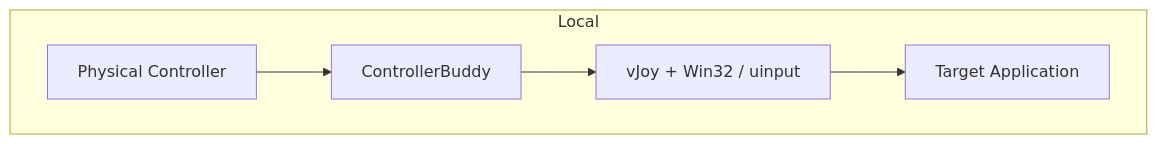
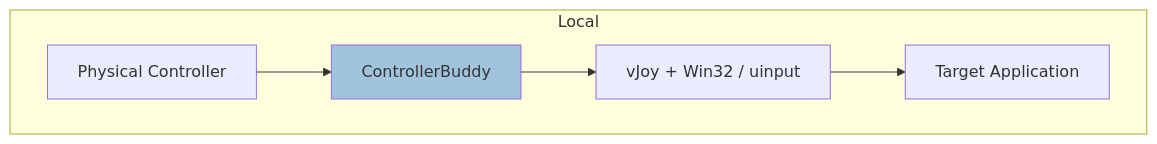
Before and after one commit to bwRavencl/ControllerBuddy: the second of 3 diagrams in README.md, drawn with Mermaid. The commit also changed other lines of this file, not shown here.

Commit message:
feat: add styling to architecture diagrams

````diff
--- a/README.md
+++ b/README.md
@@ -172,6 +172,10 @@
 ```mermaid
 flowchart
     subgraph Local[Local]
         PhysicalController[Physical Controller] --> ControllerBuddy[ControllerBuddy] --> VJoy[vJoy + Win32 / uinput] --> TargetApplication[Target Application]
     end
+    classDef bold font-weight:bold
+    classDef highlight fill:#448ade80
+    class local bold
+    class ControllerBuddy highlight
 ```
````
